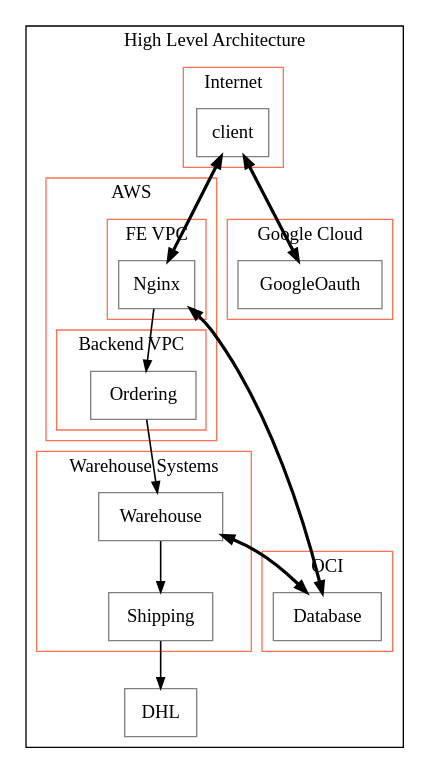
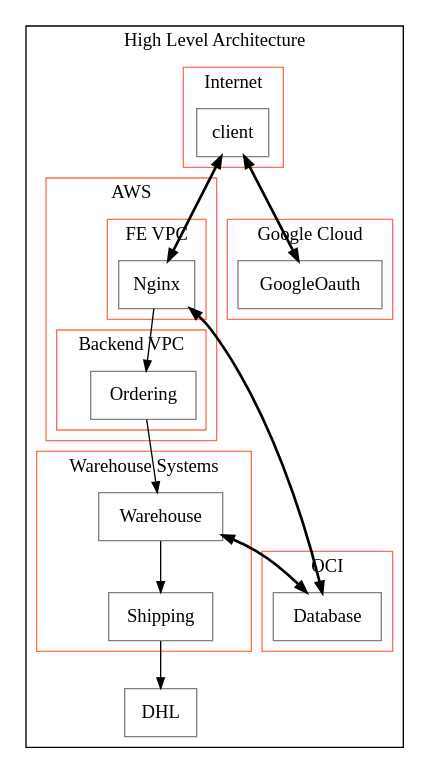
One commit to hyakuhei/ltm changed the diagram in examples/output/High Level Architecture.dot. Above: the diagram before and after it, drawn with Graphviz. The commit also changed 9 other files, not shown here.

```diff
--- a/examples/output/High Level Architecture.dot
+++ b/examples/output/High Level Architecture.dot
@@ -1,51 +1,51 @@
 digraph G {
 compound=true;
     subgraph cluster1 {
     label="High Level Architecture";
     color="Black";
         node16 [label="DHL" shape="box", margin="0.1", color="Grey"];
         subgraph cluster2 {
         label="AWS";
         color="Coral1";
             subgraph cluster3 {
             label="FE VPC";
             color="Coral1";
                 node4 [label="Nginx" shape="box", margin="0.1", color="Grey"];
             }
             subgraph cluster11 {
             label="Backend VPC";
             color="Coral1";
                 node12 [label="Ordering" shape="box", margin="0.1", color="Grey"];
             }
         }
         subgraph cluster5 {
         label="Internet";
         color="Coral1";
             node6 [label="client" shape="box", margin="0.1", color="Grey"];
         }
         subgraph cluster7 {
         label="OCI";
         color="Coral1";
             node8 [label="Database" shape="box", margin="0.1", color="Grey"];
         }
         subgraph cluster9 {
         label="Google Cloud";
         color="Coral1";
             node10 [label="GoogleOauth" shape="box", margin="0.1", color="Grey"];
         }
         subgraph cluster13 {
         label="Warehouse Systems";
         color="Coral1";
             node14 [label="Warehouse" shape="box", margin="0.1", color="Grey"];
             node15 [label="Shipping" shape="box", margin="0.1", color="Grey"];
         }
     }
-node6->node4 [label="" dir=both, fontsize="10", penwidth="2.4", arrowsize="0.8"];
-node4->node8 [label="" dir=both, fontsize="10", penwidth="2.4", arrowsize="0.8"];
-node6->node10 [label="" dir=both, fontsize="10", penwidth="2.4", arrowsize="0.8"];
-node4->node12 [label="" fontsize="10", penwidth="1.2", arrowsize="0.8"];
-node12->node14 [label="" fontsize="10", penwidth="1.2", arrowsize="0.8"];
-node14->node8 [label="" dir=both, fontsize="10", penwidth="2.4", arrowsize="0.8"];
-node14->node15 [label="" fontsize="10", penwidth="1.2", arrowsize="0.8"];
-node15->node16 [label="" fontsize="10", penwidth="1.2", arrowsize="0.8"];
+node6->node4 [label="" dir=both, fontsize="10", penwidth="2", arrowsize="0.8"];
+node4->node8 [label="" dir=both, fontsize="10", penwidth="2", arrowsize="0.8"];
+node6->node10 [label="" dir=both, fontsize="10", penwidth="2", arrowsize="0.8"];
+node4->node12 [label="" fontsize="10", penwidth="1", arrowsize="0.8"];
+node12->node14 [label="" fontsize="10", penwidth="1", arrowsize="0.8"];
+node14->node8 [label="" dir=both, fontsize="10", penwidth="2", arrowsize="0.8"];
+node14->node15 [label="" fontsize="10", penwidth="1", arrowsize="0.8"];
+node15->node16 [label="" fontsize="10", penwidth="1", arrowsize="0.8"];
 }
```
